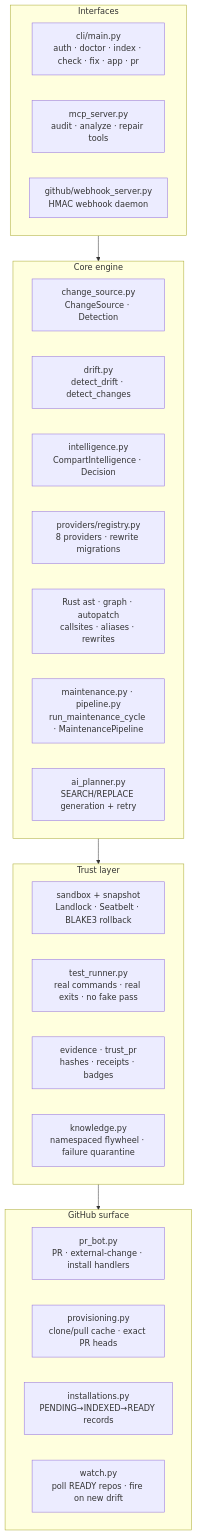
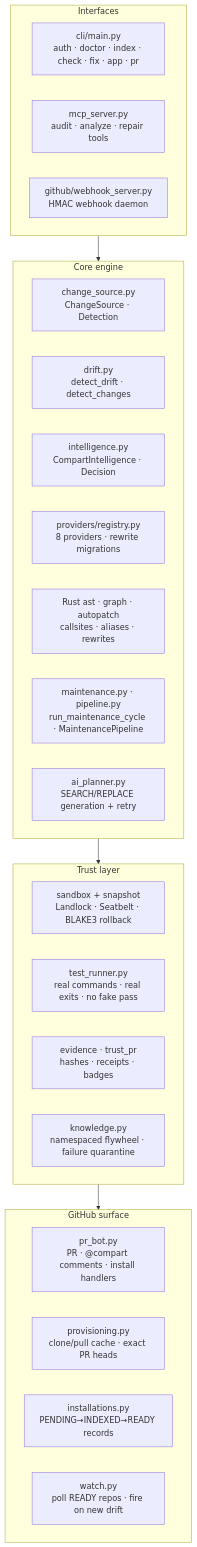
One commit to Devaretanmay/HAVFRYS changed the third of 3 diagrams in docs/SYSTEM_MAP.md. Above: the diagram before and after it, drawn with Mermaid. The commit also changed 5 other files, not shown here.

First line of the commit message:
docs: bot behavior bible, Consult ladder, API and architecture updates

````diff
--- a/docs/SYSTEM_MAP.md
+++ b/docs/SYSTEM_MAP.md
@@ -42,30 +42,30 @@
 ```mermaid
 flowchart TD
     subgraph IN["Interfaces"]
         CLI["cli/main.py<br/>auth · doctor · index · check · fix · app · pr"]
         MCP["mcp_server.py<br/>audit · analyze · repair tools"]
         WH["github/webhook_server.py<br/>HMAC webhook daemon"]
     end
     subgraph CORE["Core engine"]
         CS["change_source.py<br/>ChangeSource · Detection"]
         DRIFT["drift.py<br/>detect_drift · detect_changes"]
         INTEL["intelligence.py<br/>CompartIntelligence · Decision"]
         REG["providers/registry.py<br/>8 providers · rewrite migrations"]
         AST["Rust ast · graph · autopatch<br/>callsites · aliases · rewrites"]
         PLAN["maintenance.py · pipeline.py<br/>run_maintenance_cycle · MaintenancePipeline"]
         AIplan["ai_planner.py<br/>SEARCH/REPLACE generation + retry"]
     end
     subgraph TRUST["Trust layer"]
         SB["sandbox + snapshot<br/>Landlock · Seatbelt · BLAKE3 rollback"]
         TR["test_runner.py<br/>real commands · real exits · no fake pass"]
         EV2["evidence · trust_pr<br/>hashes · receipts · badges"]
         KB["knowledge.py<br/>namespaced flywheel · failure quarantine"]
     end
     subgraph GH["GitHub surface"]
-        BOT["pr_bot.py<br/>PR · external-change · install handlers"]
+        BOT["pr_bot.py<br/>PR · @compart comments · install handlers"]
         PROV["provisioning.py<br/>clone/pull cache · exact PR heads"]
         INST["installations.py<br/>PENDING→INDEXED→READY records"]
         WATCH["watch.py<br/>poll READY repos · fire on new drift"]
     end
     IN --> CORE --> TRUST --> GH
 ```
````
